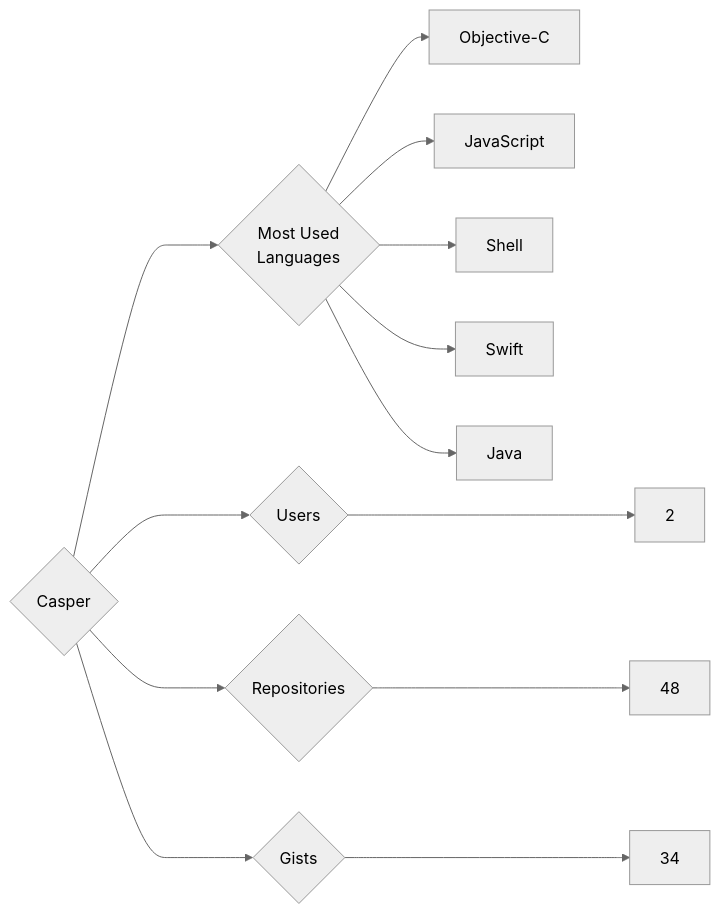
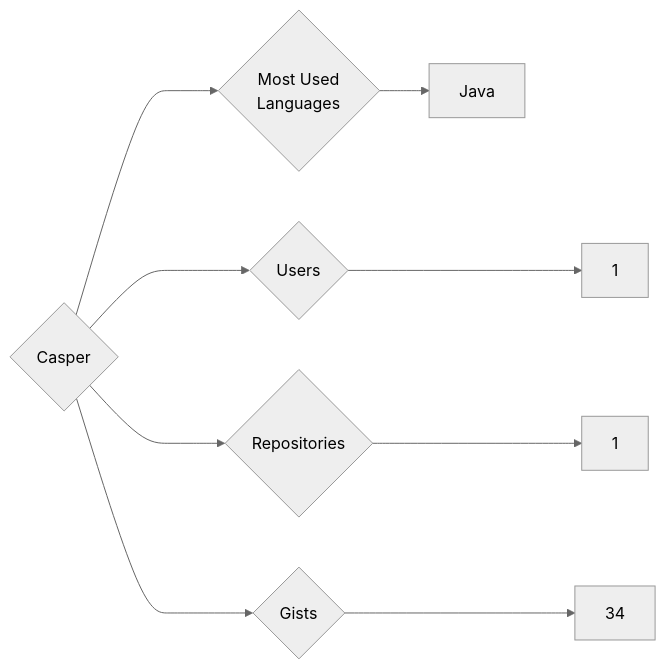
Before and after one commit to trickest/insiders: the diagram in targets/Casper/README.md, drawn with Mermaid (neutral theme). The commit also changed 1036 other files, not shown here.

````diff
--- a/targets/Casper/README.md
+++ b/targets/Casper/README.md
@@ -3,13 +3,9 @@
 ```mermaid
 graph LR
 COMPANY_NAME{Casper}
-COMPANY_NAME ---> U{Users} ---> UN[2]
-COMPANY_NAME ---> R{Repositories} ---> RN[48]
+COMPANY_NAME ---> U{Users} ---> UN[1]
+COMPANY_NAME ---> R{Repositories} ---> RN[1]
 COMPANY_NAME ---> G{Gists} ---> GN[34]
 COMPANY_NAME ---> ML{Most Used<br>Languages}
-ML --> Objective-C[Objective-C]
-ML --> JavaScript[JavaScript]
-ML --> Shell[Shell]
-ML --> Swift[Swift]
 ML --> Java[Java]
 ```
````
